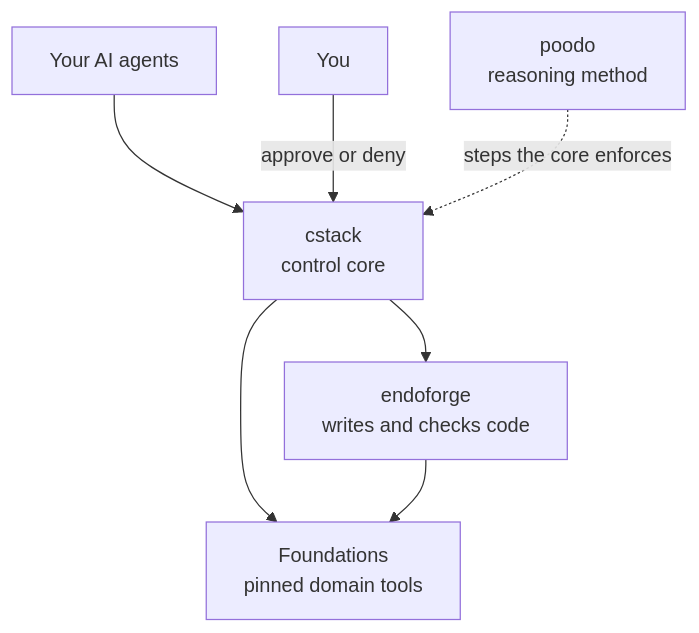
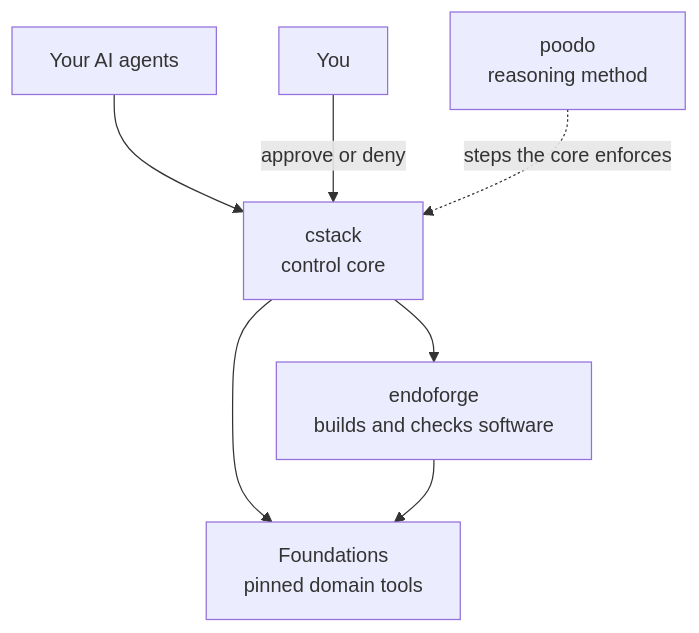
The diagram in README.md (Akilleez-QA/Akilleez-QA), drawn with Mermaid before and after one commit. The commit also changed other lines of this file, not shown here.

Commit message:
Describe cstack by its purpose and EndoForge as the runtime for building real software

````diff
--- a/README.md
+++ b/README.md
@@ -11,9 +11,9 @@
 ```mermaid
 flowchart TD
     A["Your AI agents"] --> C["cstack<br/>control core"]
     Y["You"] -->|approve or deny| C
     P["poodo<br/>reasoning method"] -.->|steps the core enforces| C
-    C --> E["endoforge<br/>writes and checks code"]
+    C --> E["endoforge<br/>builds and checks software"]
     C --> F["Foundations<br/>pinned domain tools"]
     E --> F
 ```
````
